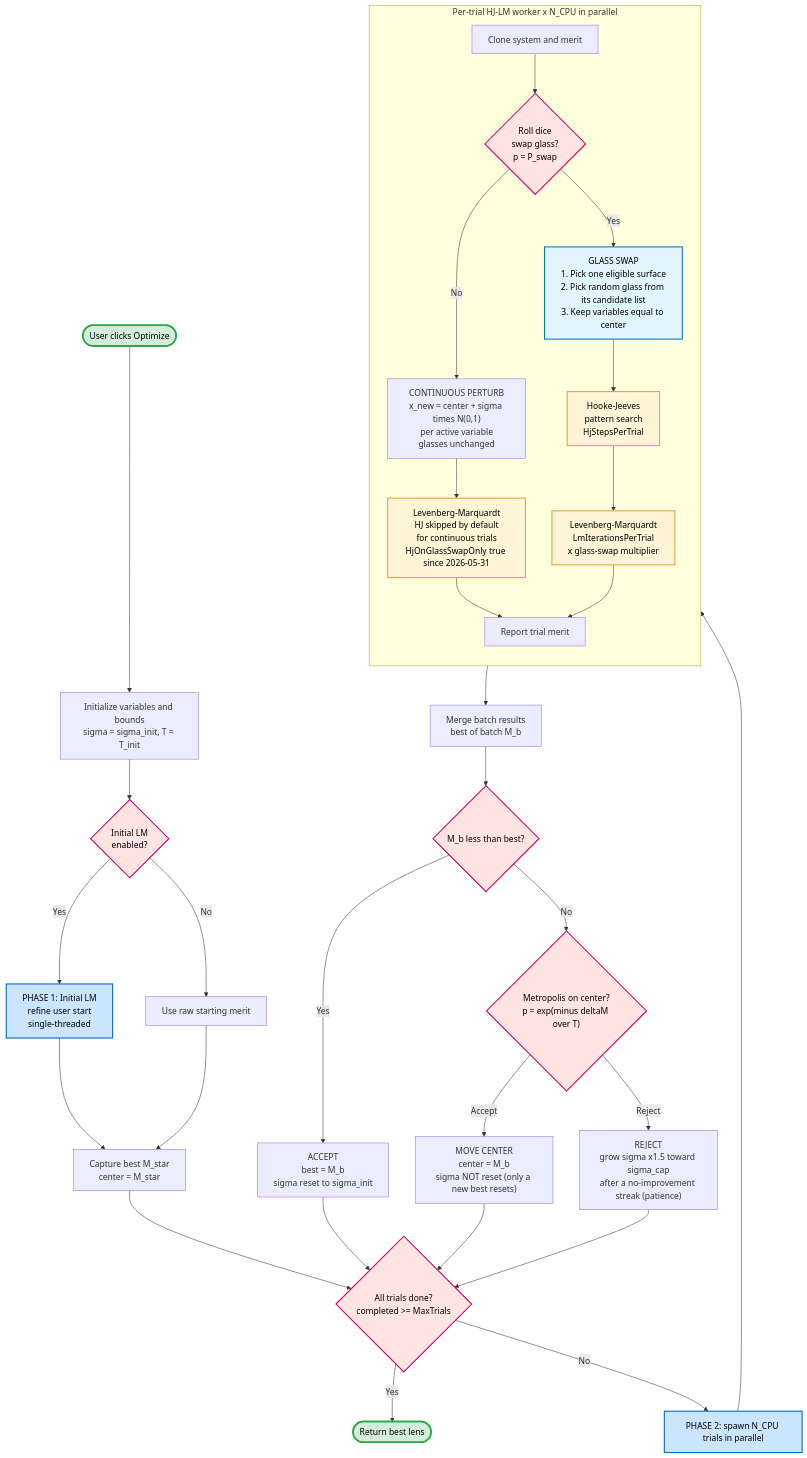
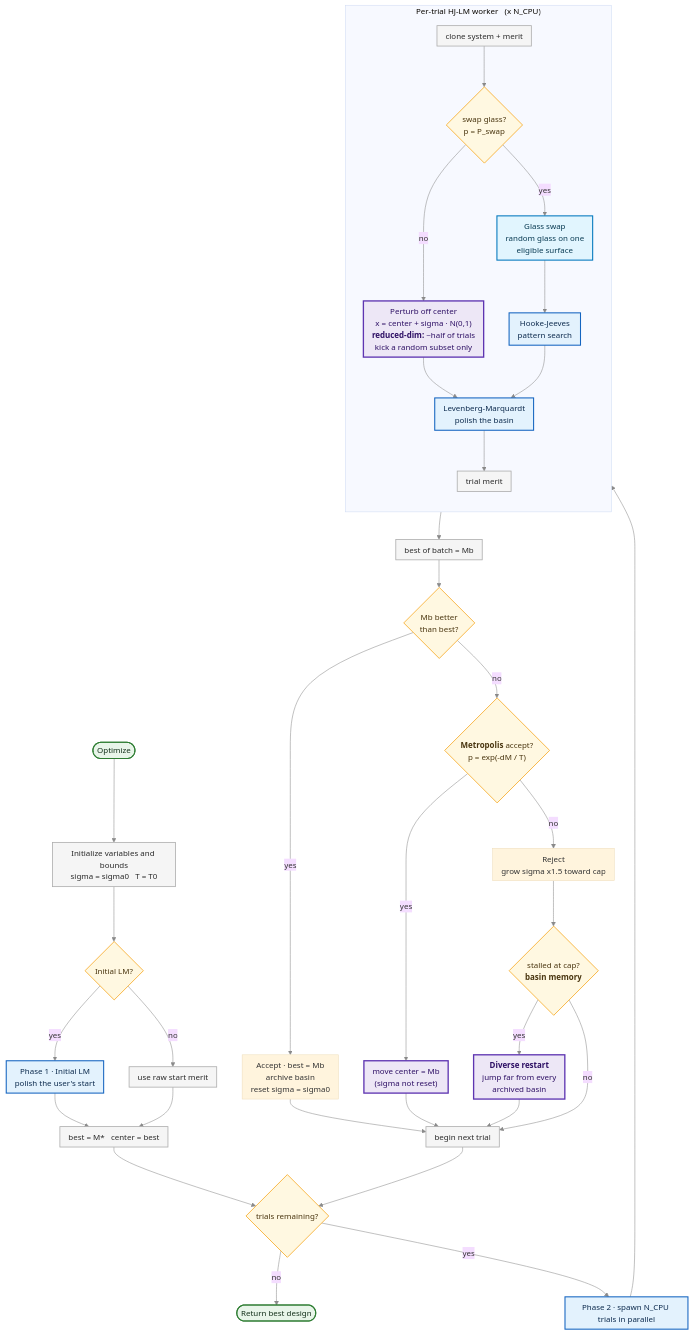
The diagram in docs/build/diagrams/1_multistart.mmd (SynapseOptics/LensHH-LT), drawn with Mermaid before and after one commit. The commit also changed 12 other files, not shown here.

First line of the commit message:
Docs: 1.0.146 optimizer settings, refreshed flow diagrams, CHANGELOG

```diff
--- a/docs/build/diagrams/1_multistart.mmd
+++ b/docs/build/diagrams/1_multistart.mmd
@@ -1,41 +1,62 @@
+---
+config:
+  theme: base
+  flowchart:
+    curve: basis
+    nodeSpacing: 48
+    rankSpacing: 52
+    padding: 8
+  themeVariables:
+    fontFamily: "Segoe UI, Helvetica, Arial, sans-serif"
+    fontSize: 15px
+    lineColor: "#8a8a8a"
+---
 flowchart TD
-    Start(["User clicks Optimize"]) --> Init["Initialize variables and bounds<br>sigma = sigma_init, T = T_init"]
-    Init --> Ph1Check{"Initial LM<br>enabled?"}
-    Ph1Check -- Yes --> Ph1LM["PHASE 1: Initial LM<br>refine user start<br>single-threaded"]
-    Ph1Check -- No --> Skip1["Use raw starting merit"]
-    Ph1LM --> CaptureBest["Capture best M_star<br>center = M_star"]
-    Skip1 --> CaptureBest
-    CaptureBest --> LoopCheck{"All trials done?<br>completed >= MaxTrials"}
-    LoopCheck -- Yes --> Return(["Return best lens"])
-    LoopCheck -- No --> StartBatch["PHASE 2: spawn N_CPU trials in parallel"]
-    StartBatch --> Trial
-    subgraph Trial["Per-trial HJ-LM worker x N_CPU in parallel"]
-        direction TB
-        T1["Clone system and merit"] --> T2{"Roll dice<br>swap glass?<br>p = P_swap"}
-        T2 -- Yes --> T3a["GLASS SWAP<br>1. Pick one eligible surface<br>2. Pick random glass from its candidate list<br>3. Keep variables equal to center"]
-        T2 -- No --> T3b["CONTINUOUS PERTURB<br>x_new = center + sigma times N(0,1)<br>per active variable<br>glasses unchanged"]
-        T3a --> T5["Hooke-Jeeves<br>pattern search<br>HjStepsPerTrial"]
-        T3b --> T6["Levenberg-Marquardt<br>HJ skipped by default<br>for continuous trials<br>HjOnGlassSwapOnly true since 2026-05-31"]
-        T5 --> T6b["Levenberg-Marquardt<br>LmIterationsPerTrial<br>x glass-swap multiplier"]
-        T6 --> T7["Report trial merit"]
-        T6b --> T7
+    Start(["Optimize"]) --> Init["Initialize variables and bounds<br/>sigma = sigma0 &nbsp; T = T0"]
+    Init --> Ph1{"Initial LM?"}
+    Ph1 -- yes --> Ph1LM["Phase 1 &middot; Initial LM<br/>polish the user's start"]
+    Ph1 -- no --> Skip["use raw start merit"]
+    Ph1LM --> Best["best = M* &nbsp; center = best"]
+    Skip --> Best
+    Best --> Loop{"trials remaining?"}
+    Loop -- no --> Done(["Return best design"])
+    Loop -- yes --> Batch["Phase 2 &middot; spawn N_CPU trials in parallel"]
+    Batch --> Trial
+
+    subgraph Trial["Per-trial HJ-LM worker &nbsp; (x N_CPU)"]
+      direction TB
+      C1["clone system + merit"] --> C2{"swap glass?<br/>p = P_swap"}
+      C2 -- yes --> Gswap["Glass swap<br/>random glass on one<br/>eligible surface"]
+      C2 -- no --> Pert["Perturb off center<br/>x = center + sigma &middot; N(0,1)<br/><b>reduced-dim:</b> ~half of trials<br/>kick a random subset only"]
+      Gswap --> HJ["Hooke-Jeeves<br/>pattern search"]
+      Pert --> LM["Levenberg-Marquardt<br/>polish the basin"]
+      HJ --> LM
+      LM --> Rep["trial merit"]
     end
-    Trial --> Merge["Merge batch results<br>best of batch M_b"]
-    Merge --> Acc{"M_b less than best?"}
-    Acc -- Yes --> Accept["ACCEPT<br>best = M_b<br>sigma reset to sigma_init"]
-    Acc -- No --> Metro{"Metropolis on center?<br>p = exp(minus deltaM over T)"}
-    Metro -- Accept --> MetroAcc["MOVE CENTER<br>center = M_b<br>sigma NOT reset (only a new best resets)"]
-    Metro -- Reject --> Reject["REJECT<br>grow sigma x1.5 toward sigma_cap<br>after a no-improvement streak (patience)"]
-    Accept --> LoopCheck
-    MetroAcc --> LoopCheck
-    Reject --> LoopCheck
-    classDef expensive fill:#fff4d6,stroke:#e6a23c,stroke-width:2px,color:#000
-    classDef phase fill:#cce5ff,stroke:#0066cc,stroke-width:2px,color:#000
-    classDef decision fill:#ffe4e1,stroke:#cc0066,stroke-width:2px,color:#000
-    classDef terminal fill:#d4edda,stroke:#28a745,stroke-width:3px,color:#000
-    classDef glass fill:#e1f5fe,stroke:#0277bd,stroke-width:2px,color:#000
-    class T5,T6,T6b expensive
-    class Ph1LM,StartBatch phase
-    class T2,Acc,Metro,LoopCheck,Ph1Check decision
-    class Start,Return terminal
-    class T3a glass
+
+    Trial --> Merge["best of batch = Mb"]
+    Merge --> Acc{"Mb better<br/>than best?"}
+    Acc -- yes --> Accept["Accept &middot; best = Mb<br/>archive basin<br/>reset sigma = sigma0"]
+    Acc -- no --> Metro{"<b>Metropolis</b> accept?<br/>p = exp(-dM / T)"}
+    Metro -- yes --> Move["move center = Mb<br/>(sigma not reset)"]
+    Metro -- no --> Rej["Reject<br/>grow sigma x1.5 toward cap"]
+    Rej --> Stall{"stalled at cap?<br/><b>basin memory</b>"}
+    Stall -- yes --> Restart["<b>Diverse restart</b><br/>jump far from every<br/>archived basin"]
+    Accept --> Next["begin next trial"]
+    Move --> Next
+    Restart --> Next
+    Stall -- no --> Next
+    Next --> Loop
+
+    classDef term  fill:#e8f5e9,stroke:#2e7d32,stroke-width:2px,color:#14311b
+    classDef phase fill:#e3f2fd,stroke:#1565c0,stroke-width:2px,color:#0d2b4e
+    classDef dec   fill:#fff8e1,stroke:#f6a821,stroke-width:1.5px,color:#4a3610
+    classDef work  fill:#f5f5f5,stroke:#adadad,stroke-width:1.5px,color:#2a2a2a
+    classDef glass fill:#e1f5fe,stroke:#0277bd,stroke-width:2px,color:#083a52
+    classDef lever fill:#ede7f6,stroke:#5e35b1,stroke-width:2.5px,color:#2e1065
+    class Start,Done term
+    class Ph1LM,Batch,HJ,LM phase
+    class Ph1,Loop,C2,Acc,Metro,Stall dec
+    class Init,Skip,Best,C1,Merge,Rep,Next work
+    class Gswap glass
+    class Pert,Move,Restart lever
```
